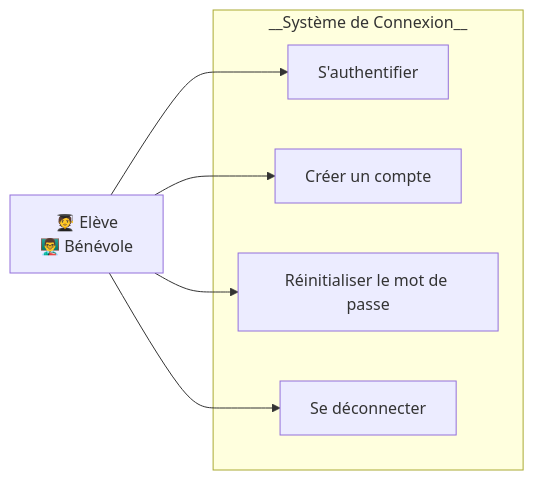
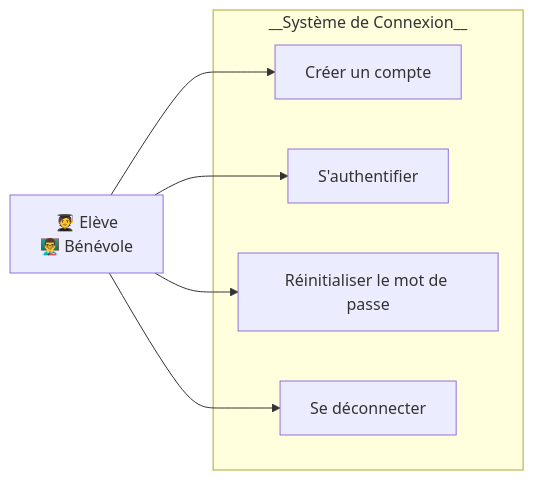
Before and after one commit to nutbreaker/projet_5: the first of 5 diagrams in cas_usage.md, drawn with Mermaid.

Commit message:
docs(cas_usage): change use case order for login

````diff
--- a/cas_usage.md
+++ b/cas_usage.md
@@ -9,19 +9,19 @@
 ```mermaid
 flowchart LR
     U["
         🧑‍🎓 Elève
         👨‍🏫 Bénévole
     "]
 
     subgraph "__Système de Connexion__"
-        UC1["S'authentifier"]
-        UC2["Créer un compte"]
+        UC1["Créer un compte"]
+        UC2["S'authentifier"]
         UC3["Réinitialiser le mot de passe"]
         UC4["Se déconnecter"]
     end
     
     U --> UC1
     U --> UC2
     U --> UC3
     U --> UC4
 ```
````
